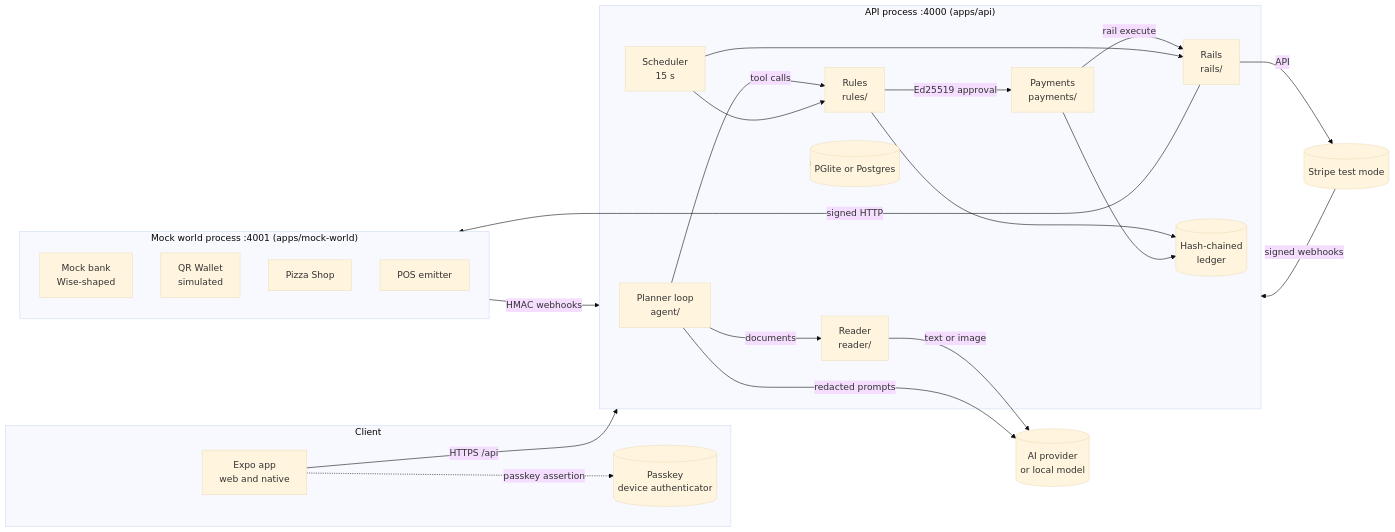
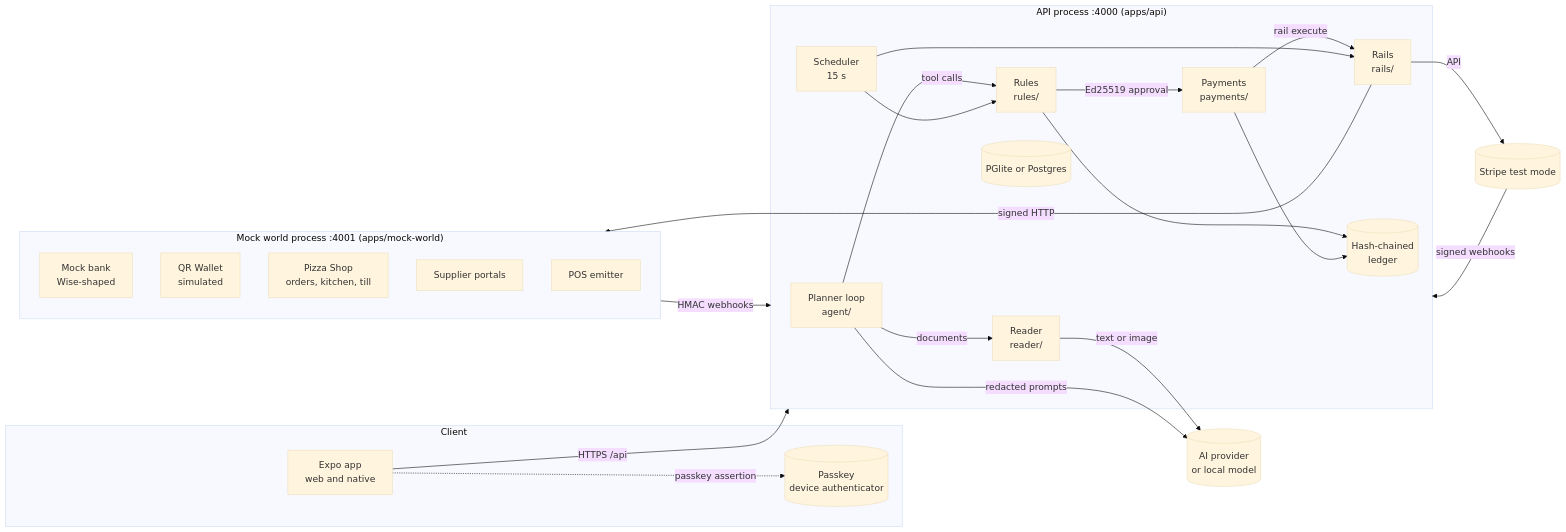
One commit to himoji/kassa changed the first of 2 diagrams in docs/ARCHITECTURE.md. Above: the diagram before and after it, drawn with Mermaid (base theme). The commit also changed other lines of this file and 158 other files, not shown here.

First line of the commit message:
Connected world: merchants, shop orders, till, PO restock, Apple Pay capture, demo video

````diff
--- a/docs/ARCHITECTURE.md
+++ b/docs/ARCHITECTURE.md
@@ -26,46 +28,47 @@
 ```mermaid
 flowchart LR
   subgraph Client
     APP[Expo app<br/>web and native]
     PK[(Passkey<br/>device authenticator)]
   end
 
   subgraph API["API process :4000 (apps/api)"]
     AGENT[Planner loop<br/>agent/]
     READER[Reader<br/>reader/]
     RULES[Rules<br/>rules/]
     PAY[Payments<br/>payments/]
     RAILS[Rails<br/>rails/]
     LEDGER[(Hash-chained<br/>ledger)]
     DB[(PGlite or Postgres)]
     SCHED[Scheduler<br/>15 s]
   end
 
   subgraph MOCK["Mock world process :4001 (apps/mock-world)"]
     BANK[Mock bank<br/>Wise-shaped]
     QR[QR Wallet<br/>simulated]
-    SHOP[Pizza Shop]
+    SHOP[Pizza Shop<br/>orders, kitchen, till]
+    SUP[Supplier portals]
     POS[POS emitter]
   end
 
   STRIPE[(Stripe test mode)]
   LLM[(AI provider<br/>or local model)]
 
   APP -- HTTPS /api --> API
   APP -. passkey assertion .-> PK
   AGENT -- tool calls --> RULES
   AGENT -- documents --> READER
   READER -- text or image --> LLM
   AGENT -- redacted prompts --> LLM
   RULES -- Ed25519 approval --> PAY
   PAY -- rail execute --> RAILS
   RAILS -- signed HTTP --> MOCK
   RAILS -- API --> STRIPE
   MOCK -- HMAC webhooks --> API
   STRIPE -- signed webhooks --> API
   SCHED --> RULES
   SCHED --> RAILS
   RULES --> LEDGER
   PAY --> LEDGER
   API --> DB
 ```
````
